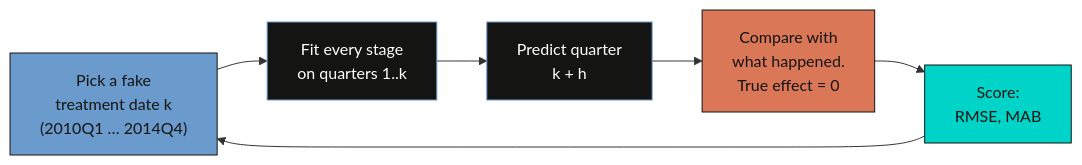
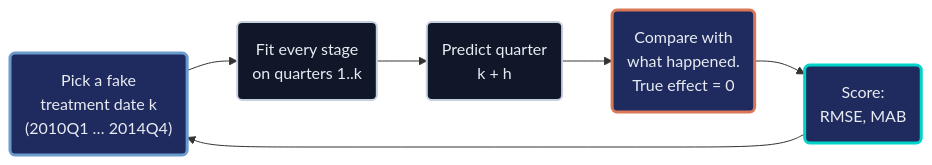
The third of 3 diagrams in content/post/python_sc_dsc_sdid/index.md (cmg777/starter-academic-v501), drawn with Mermaid before and after one commit. The commit also changed other lines of this file and 9 other files, not shown here.

First line of the commit message:
content(mermaid): restyle flowcharts in Python posts, batch 2 of 2

````diff
--- a/content/post/python_sc_dsc_sdid/index.md
+++ b/content/post/python_sc_dsc_sdid/index.md
@@ -1260,13 +1262,16 @@
 ```mermaid
 flowchart LR
-    A["Pick a fake<br/>treatment date k<br/>(2010Q1 … 2014Q4)"] --> B["Fit every stage<br/>on quarters 1..k"]
-    B --> C["Predict quarter<br/>k + h"]
-    C --> D["Compare with<br/>what happened.<br/>True effect = 0"]
-    D --> E["Score:<br/>RMSE, MAB"]
+    A("Pick a fake<br/>treatment date k<br/>(2010Q1 … 2014Q4)") --> B("Fit every stage<br/>on quarters 1..k")
+    B --> C("Predict quarter<br/>k + h")
+    C --> D("Compare with<br/>what happened.<br/>True effect = 0")
+    D --> E("Score:<br/>RMSE, MAB")
     E --> A
-    style A fill:#6a9bcc,stroke:#141413,color:#141413
-    style B fill:#141413,stroke:#6a9bcc,color:#fff
-    style C fill:#141413,stroke:#6a9bcc,color:#fff
-    style D fill:#d97757,stroke:#141413,color:#141413
-    style E fill:#00d4c8,stroke:#141413,color:#141413
+    classDef blue fill:#1f2b5e,stroke:#6a9bcc,stroke-width:3px,color:#e8ecf2
+    classDef anchor fill:#0f1729,stroke:#c8d0e0,stroke-width:2px,color:#e8ecf2
+    classDef orange fill:#1f2b5e,stroke:#d97757,stroke-width:3px,color:#e8ecf2
+    classDef teal fill:#1f2b5e,stroke:#00d4c8,stroke-width:3px,color:#e8ecf2
+    class A blue
+    class B,C anchor
+    class D orange
+    class E teal
 ```
````
